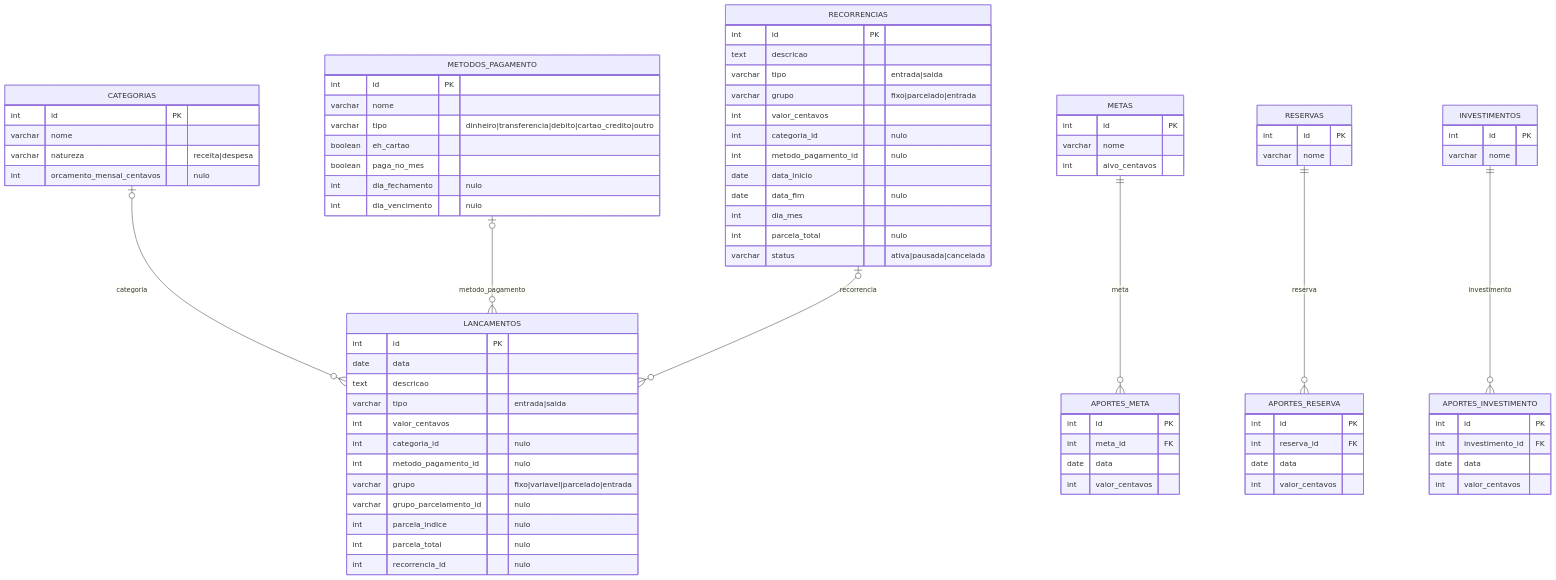
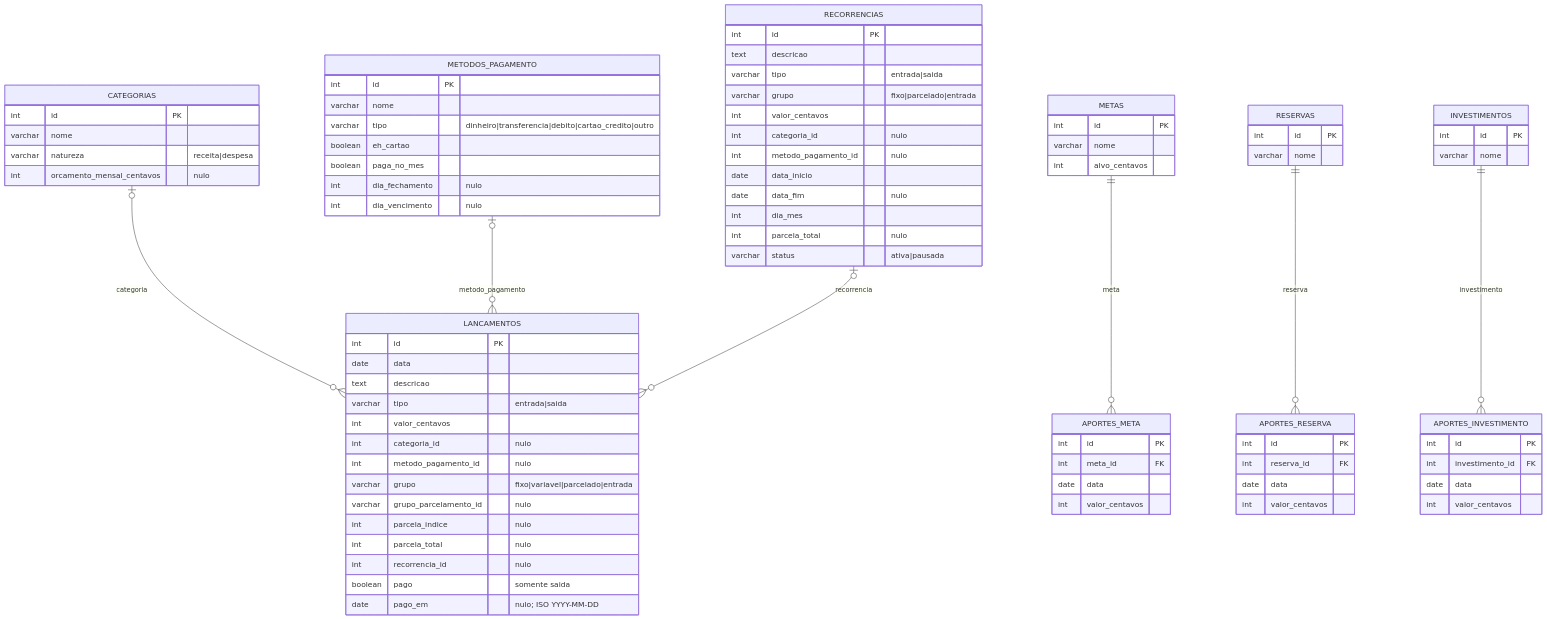
The diagram in docs/REFERENCIAS_PT_BR/financeiro_bl.mermaid.md (luanpgmachado/proj-saas-26), drawn with Mermaid before and after one commit. The commit also changed other lines of this file and 6 other files, not shown here.

```diff
--- a/docs/REFERENCIAS_PT_BR/financeiro_bl.mermaid.md
+++ b/docs/REFERENCIAS_PT_BR/financeiro_bl.mermaid.md
@@ -36,7 +38,7 @@
     date data_fim "nulo"
     int dia_mes
     int parcela_total "nulo"
-    varchar status  "ativa|pausada|cancelada"
+    varchar status  "ativa|pausada"
   }
 
   LANCAMENTOS {
@@ -52,6 +54,8 @@
     int parcela_indice "nulo"
     int parcela_total "nulo"
     int recorrencia_id "nulo"
+    boolean pago "somente saida"
+    date pago_em "nulo; ISO YYYY-MM-DD"
   }
 
   METAS {
```
